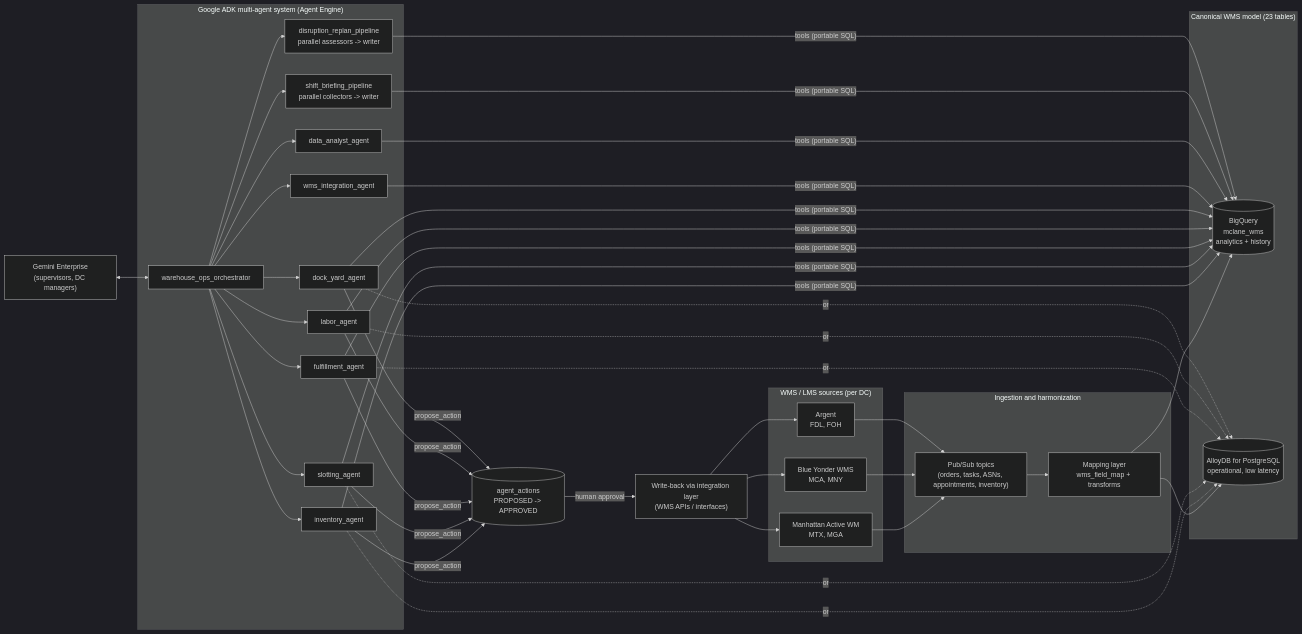
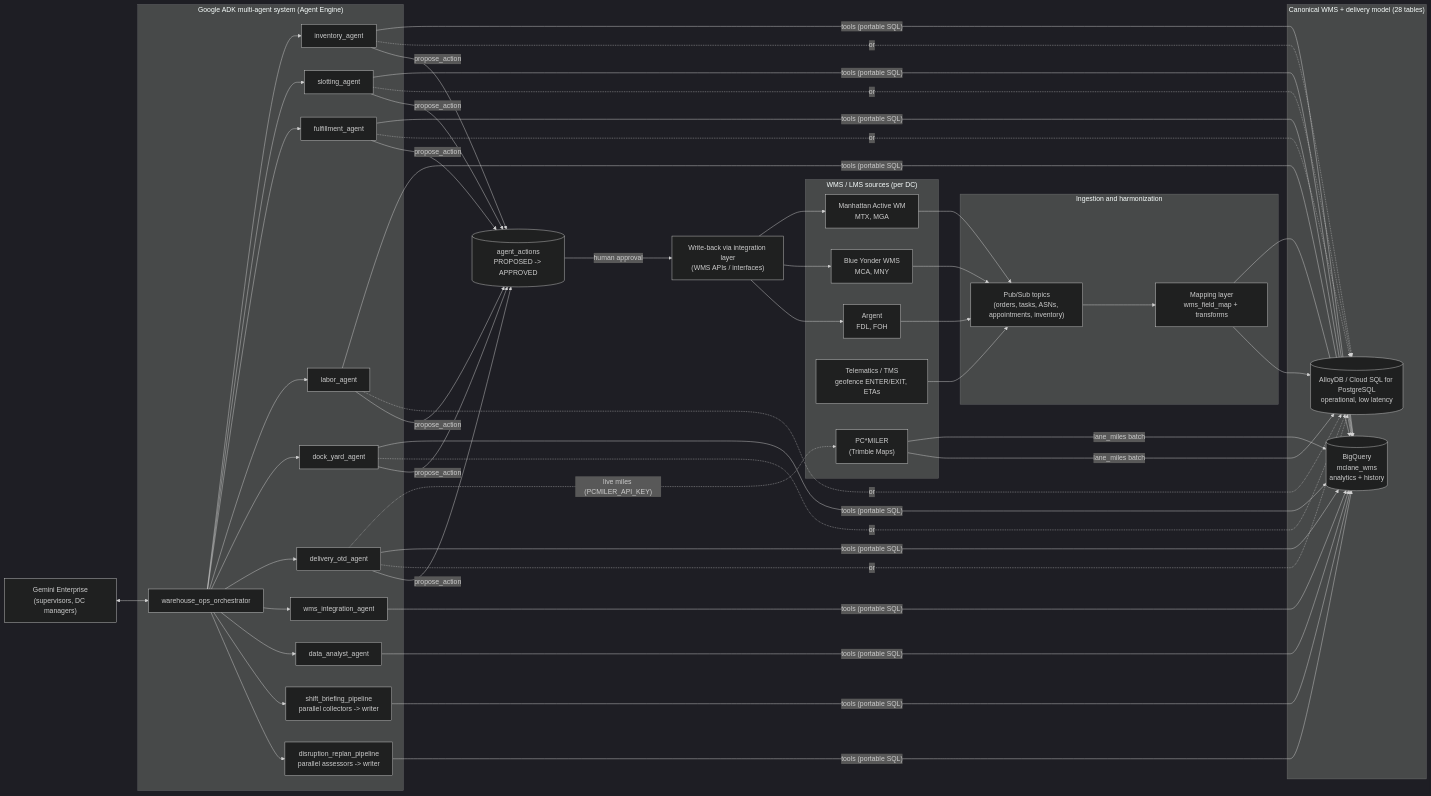
Before and after one commit to balum211/mclane-warehouse-agent: the diagram in docs/ARCHITECTURE.md, drawn with Mermaid (dark theme). The commit also changed other lines of this file and 59 other files, not shown here.

````diff
--- a/docs/ARCHITECTURE.md
+++ b/docs/ARCHITECTURE.md
@@ -10,39 +10,44 @@
 ```mermaid
 flowchart LR
   subgraph Sources["WMS / LMS sources (per DC)"]
     MA["Manhattan Active WM<br/>MTX, MGA"]
     BY["Blue Yonder WMS<br/>MCA, MNY"]
     AR["Argent<br/>FDL, FOH"]
+    TMS["Telematics / TMS<br/>geofence ENTER/EXIT, ETAs"]
+    PCM["PC*MILER<br/>(Trimble Maps)"]
   end
   subgraph Ingest["Ingestion and harmonization"]
     PS["Pub/Sub topics<br/>(orders, tasks, ASNs, appointments, inventory)"]
     MAP["Mapping layer<br/>wms_field_map + transforms"]
   end
-  subgraph Data["Canonical WMS model (23 tables)"]
+  subgraph Data["Canonical WMS + delivery model (28 tables)"]
     BQ[("BigQuery<br/>mclane_wms<br/>analytics + history")]
-    ADB[("AlloyDB for PostgreSQL<br/>operational, low latency")]
+    ADB[("AlloyDB / Cloud SQL for PostgreSQL<br/>operational, low latency")]
   end
   subgraph Agents["Google ADK multi-agent system (Agent Engine)"]
     ORCH["warehouse_ops_orchestrator"]
     INV["inventory_agent"]
     SLOT["slotting_agent"]
     FUL["fulfillment_agent"]
     LAB["labor_agent"]
     DOCK["dock_yard_agent"]
+    OTD["delivery_otd_agent"]
     INT["wms_integration_agent"]
     SQL["data_analyst_agent"]
     BRIEF["shift_briefing_pipeline<br/>parallel collectors -> writer"]
     REPLAN["disruption_replan_pipeline<br/>parallel assessors -> writer"]
   end
   GE["Gemini Enterprise<br/>(supervisors, DC managers)"]
   ACT[("agent_actions<br/>PROPOSED -> APPROVED")]
   WB["Write-back via integration layer<br/>(WMS APIs / interfaces)"]
 
-  MA & BY & AR --> PS --> MAP --> BQ & ADB
+  MA & BY & AR & TMS --> PS --> MAP --> BQ & ADB
+  PCM -- "lane_miles batch" --> BQ & ADB
+  OTD -. "live miles (PCMILER_API_KEY)" .-> PCM
   GE <--> ORCH
-  ORCH --> INV & SLOT & FUL & LAB & DOCK & INT & SQL & BRIEF & REPLAN
-  INV & SLOT & FUL & LAB & DOCK & INT & SQL & BRIEF & REPLAN -- "tools (portable SQL)" --> BQ
-  INV & SLOT & FUL & LAB & DOCK -. "or" .-> ADB
-  INV & SLOT & FUL & LAB & DOCK -- propose_action --> ACT
+  ORCH --> INV & SLOT & FUL & LAB & DOCK & OTD & INT & SQL & BRIEF & REPLAN
+  INV & SLOT & FUL & LAB & DOCK & OTD & INT & SQL & BRIEF & REPLAN -- "tools (portable SQL)" --> BQ
+  INV & SLOT & FUL & LAB & DOCK & OTD -. "or" .-> ADB
+  INV & SLOT & FUL & LAB & DOCK & OTD -- propose_action --> ACT
   ACT -- human approval --> WB --> MA & BY & AR
 ```
````
